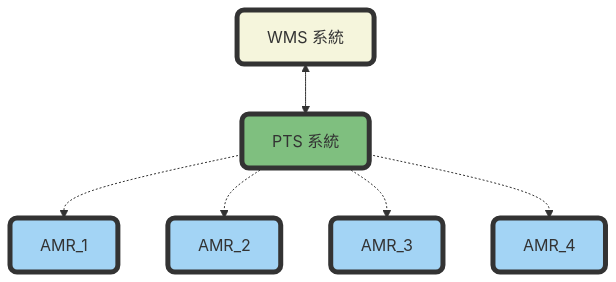
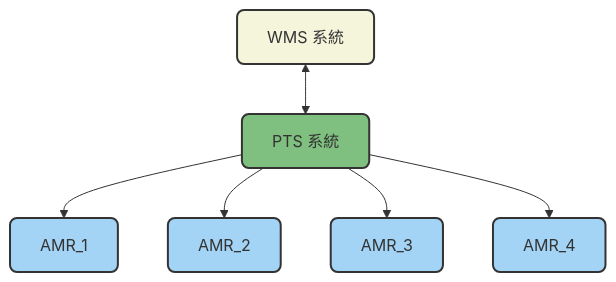
One commit to athena-tircgo/amr-wms-lsj changed the first of 5 diagrams in README.md. Above: the diagram before and after it, drawn with Mermaid.

````diff
--- a/README.md
+++ b/README.md
@@ -22,25 +22,25 @@
 ```mermaid
 flowchart TD
     %% 節點設定
-    style WMS fill:#f5f5dc,stroke:#333,stroke-width:5px,rx:7,ry:7
-    style PTS fill:#7fbf7f,stroke:#333,stroke-width:5px,rx:7,ry:7
-    style AMR1 fill:#a3d4f5,stroke:#333,stroke-width:5px,rx:7,ry:7
-    style AMR2 fill:#a3d4f5,stroke:#333,stroke-width:5px,rx:7,ry:7
-    style AMR3 fill:#a3d4f5,stroke:#333,stroke-width:5px,rx:7,ry:7
-    style AMR4 fill:#a3d4f5,stroke:#333,stroke-width:5px,rx:7,ry:7
+    style WMS fill:#f5f5dc,stroke:#333,stroke-width:2px,rx:7,ry:7
+    style PTS fill:#7fbf7f,stroke:#333,stroke-width:2px,rx:7,ry:7
+    style AMR1 fill:#a3d4f5,stroke:#333,stroke-width:2px,rx:7,ry:7
+    style AMR2 fill:#a3d4f5,stroke:#333,stroke-width:2px,rx:7,ry:7
+    style AMR3 fill:#a3d4f5,stroke:#333,stroke-width:2px,rx:7,ry:7
+    style AMR4 fill:#a3d4f5,stroke:#333,stroke-width:2px,rx:7,ry:7
 
     %% 節點文字
     WMS["WMS 系統"]
     PTS["PTS 系統"]
     AMR1["AMR_1"]
     AMR2["AMR_2"]
     AMR3["AMR_3"]
     AMR4["AMR_4"]
 
     %% 連線
     WMS <-->PTS
-    PTS -.->AMR1
-    PTS -.->AMR2
-    PTS -.->AMR3
-    PTS -.->AMR4
+    PTS -->AMR1
+    PTS -->AMR2
+    PTS -->AMR3
+    PTS -->AMR4
 ```
````
